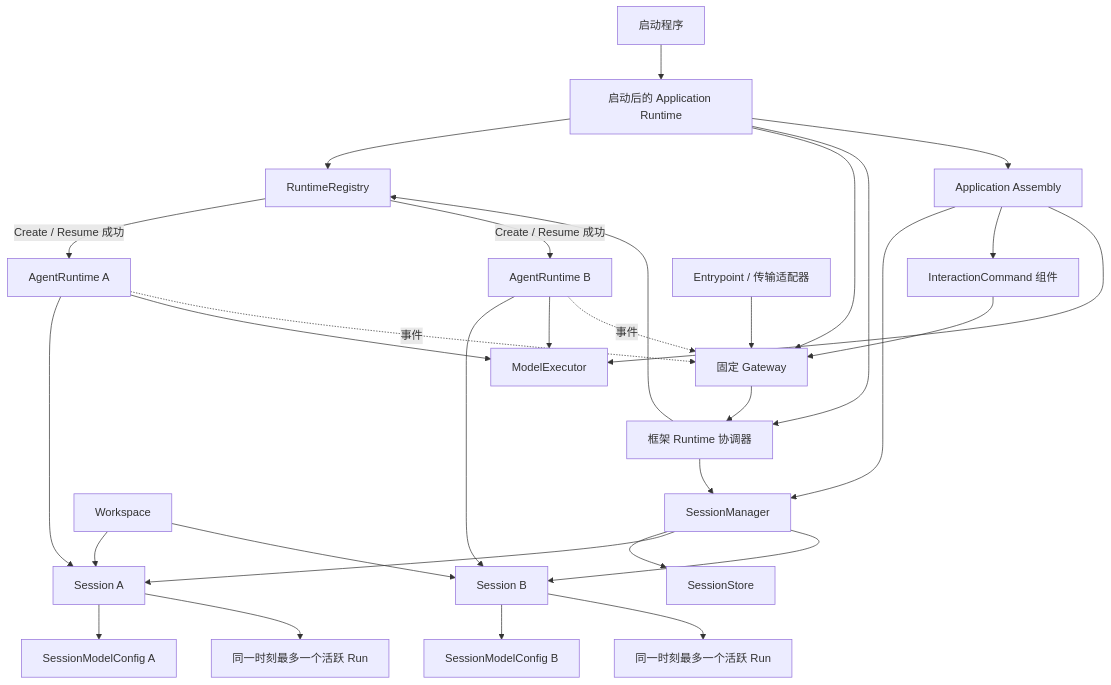
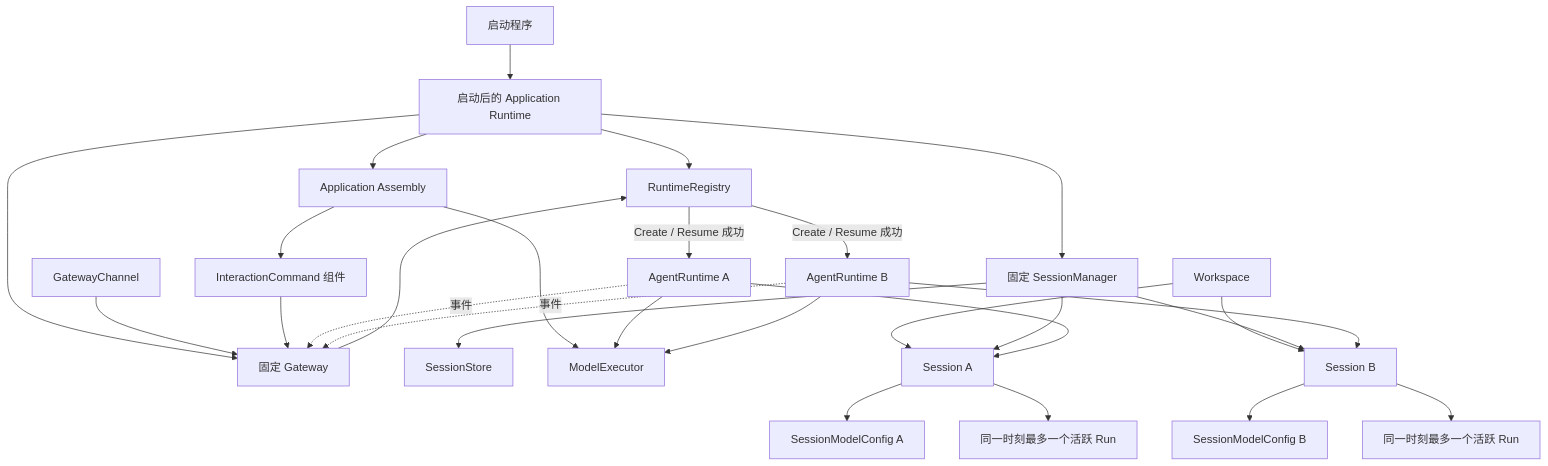
The diagram in docs/agent-architecture-discussion.zh-CN.md (LyleLiu666/agentSlot), drawn with Mermaid before and after one commit. The commit also changed other lines of this file and 3 other files, not shown here.

Commit message:
docs: finalize agent architecture review baseline

````diff
--- a/docs/agent-architecture-discussion.zh-CN.md
+++ b/docs/agent-architecture-discussion.zh-CN.md
@@ -20,33 +23,30 @@
 ```mermaid
 flowchart TD
     START["启动程序"] --> AR["启动后的 Application Runtime"]
     AR --> REG["RuntimeRegistry"]
     AR --> G["固定 Gateway"]
-    AR --> RC["框架 Runtime 协调器"]
     AR --> A["Application Assembly"]
-    A --> SM["SessionManager"]
+    AR --> SM["固定 SessionManager"]
     A --> IC["InteractionCommand 组件"]
     SM --> SS["SessionStore"]
     A --> ME["ModelExecutor"]
     W["Workspace"] --> S1["Session A"]
     W --> S2["Session B"]
     SM --> S1
     SM --> S2
-    RC --> SM
-    RC --> REG
     REG -->|"Create / Resume 成功"| RT1["AgentRuntime A"]
     REG -->|"Create / Resume 成功"| RT2["AgentRuntime B"]
     RT1 --> S1
     RT2 --> S2
     S1 --> MC1["SessionModelConfig A"]
     S2 --> MC2["SessionModelConfig B"]
     RT1 --> ME
     RT2 --> ME
     S1 --> R1["同一时刻最多一个活跃 Run"]
     S2 --> R2["同一时刻最多一个活跃 Run"]
-    E["Entrypoint / 传输适配器"] --> G
+    E["GatewayChannel"] --> G
     IC --> G
-    G --> RC
+    G --> REG
     RT1 -. "事件" .-> G
     RT2 -. "事件" .-> G
 ```
````
